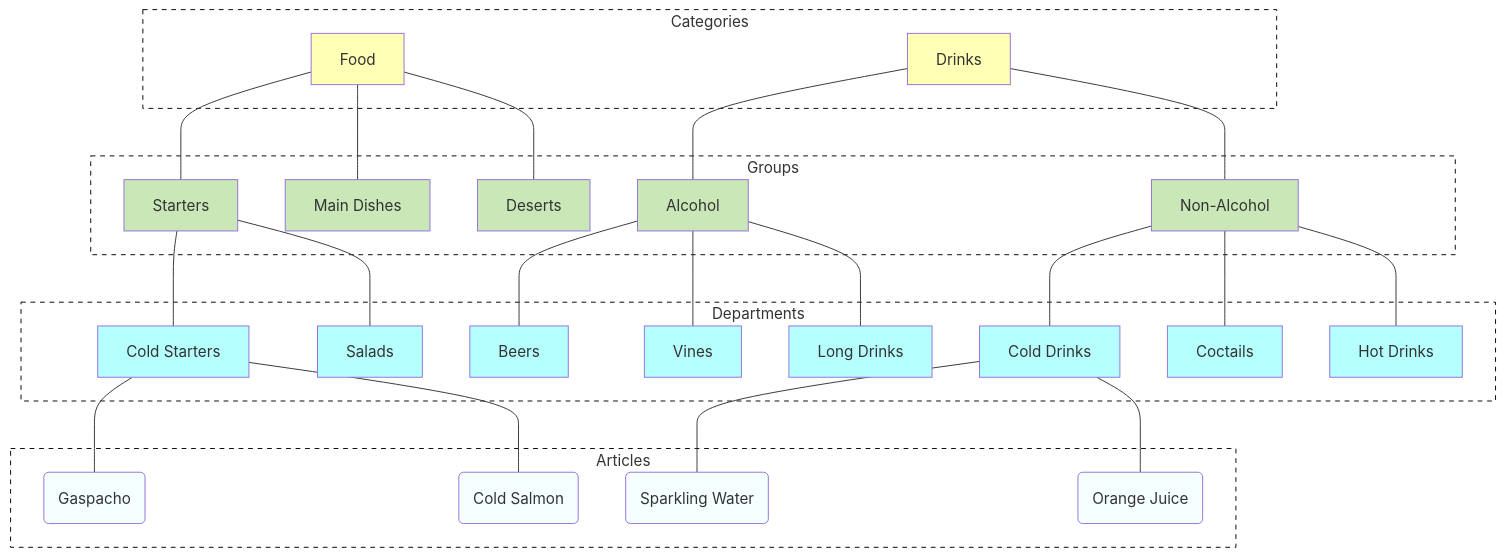
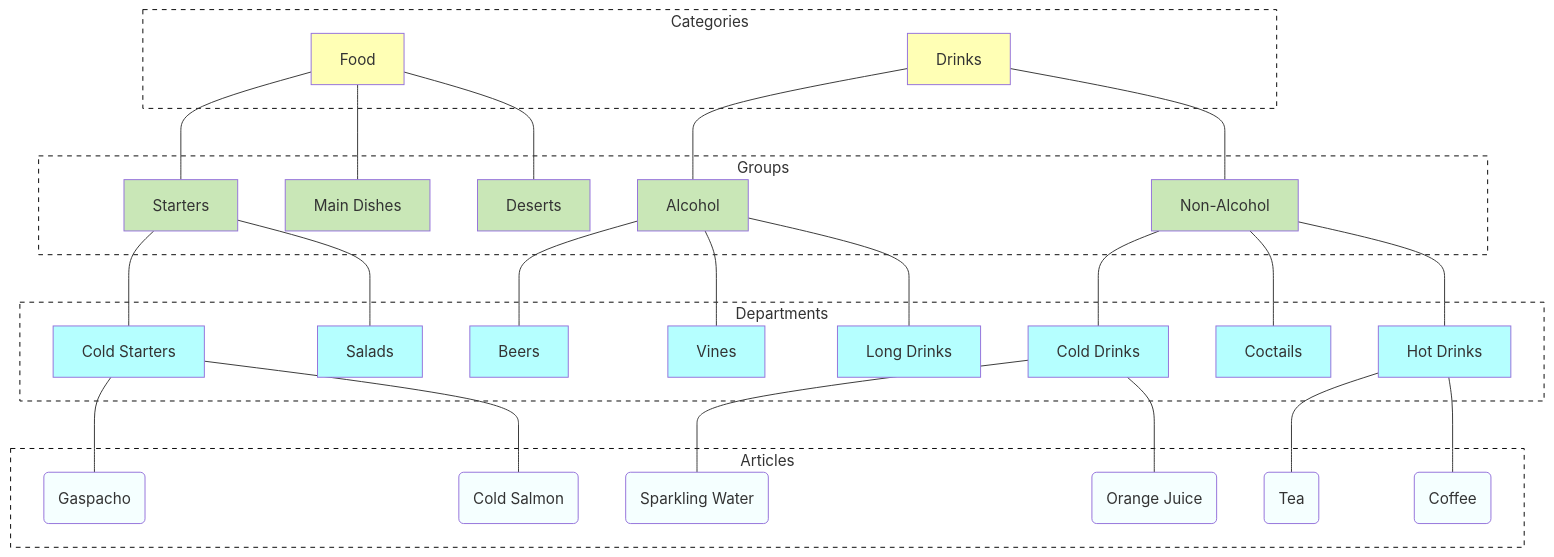
The third of 3 diagrams in products/README.md (nkorsakov-tw/core), drawn with Mermaid before and after one commit. The commit also changed 6 other files, not shown here.

````diff
--- a/products/README.md
+++ b/products/README.md
@@ -69,68 +69,75 @@
 ```mermaid
 graph TD
 
   %% Entities =================================
 
   Categories:::S
   subgraph Categories
     Category1[Food]:::C
     Category2[Drinks]:::C
   end
 
   Groups:::S
   subgraph Groups
     Group1.1[Starters]:::G
     Group1.2[Main Dishes]:::G
     Group1.3[Deserts]:::G
     Group2.1[Alcohol]:::G
     Group2.2[Non-Alcohol]:::G
   end
 
   Departments:::S
   subgraph Departments
     Department1.1.1[Cold Starters]:::D
     Department1.1.2[Salads]:::D
     Department2.1.1[Beers]:::D
     Department2.1.2[Vines]:::D
     Department2.1.3[Long Drinks]:::D
     Department2.2.1[Cold Drinks]:::D
     Department2.2.2[Coctails]:::D
     Department2.2.3[Hot Drinks]:::D
   end
   
   Articles:::S
   subgraph Articles
     Article1.1.1.1(Gaspacho):::A
     Article1.1.1.2(Cold Salmon):::A
     Article2.2.1.1(Sparkling Water):::A
     Article2.2.1.2(Orange Juice):::A
+    Article2.2.3.1(Tea):::A
+    Article2.2.3.2(Coffee):::A
   end  
 
 
   %% Relations =================================
   
   Category1 --- Group1.1
     Group1.1 --- Department1.1.1
        Department1.1.1 --- Article1.1.1.1
        Department1.1.1 --- Article1.1.1.2
     Group1.1 --- Department1.1.2
   Category1 --- Group1.2
   Category1 --- Group1.3
 
   Category2 --- Group2.1
     Group2.1 --- Department2.1.1
     Group2.1 --- Department2.1.2
     Group2.1 --- Department2.1.3
   Category2 --- Group2.2
     Group2.2 --- Department2.2.1
         Department2.2.1 --- Article2.2.1.1
         Department2.2.1 --- Article2.2.1.2
     Group2.2 --- Department2.2.2
     Group2.2 --- Department2.2.3
+        Department2.2.3 --- Article2.2.3.1
+        Department2.2.3 --- Article2.2.3.2
 
   classDef S fill:#FFFFFF,stroke:#000000, stroke-width:1px, stroke-dasharray: 5 5
   classDef C fill:#FFFFB5
   classDef G fill:#C9E7B7
   classDef D fill:#B5FFFF
   classDef A fill:#F5FFFF
+
+
+
 ```
````
